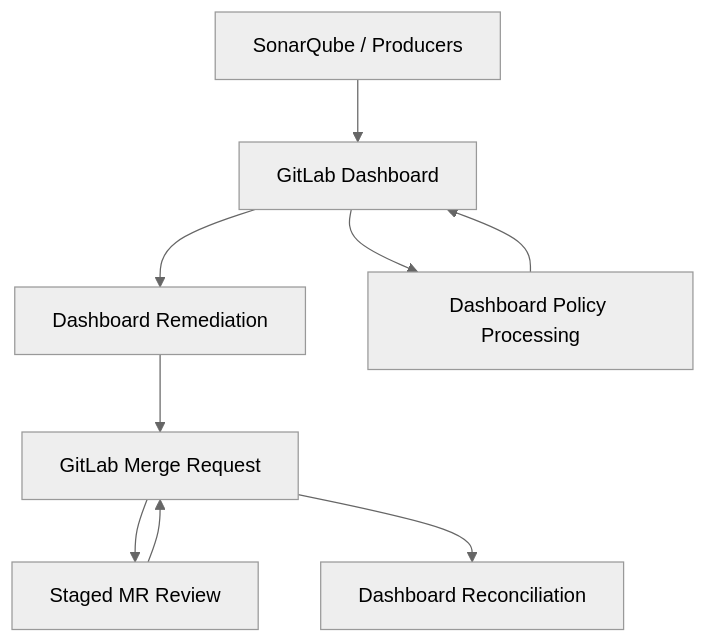
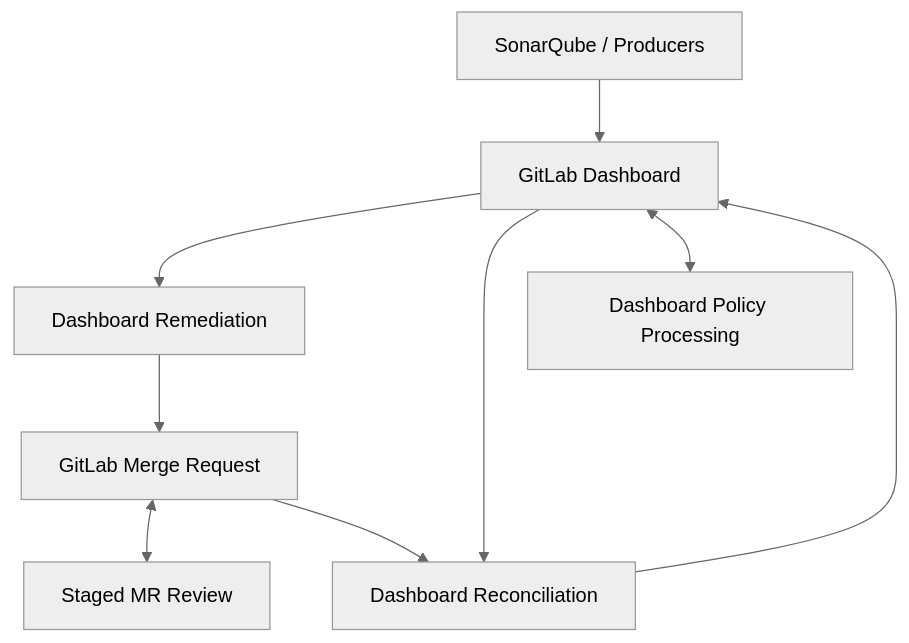
The diagram in README.md (JustinMelger/ZeroOne-ops), drawn with Mermaid (neutral theme) before and after one commit.

Commit message:
docs: reconcilation flow (#175)
* docs: dashboard reconcilation flow

````diff
--- a/README.md
+++ b/README.md
@@ -46,11 +46,11 @@
 ```mermaid
 flowchart TD
     A[SonarQube / Producers] --> B[GitLab Dashboard]
     B --> C[Dashboard Remediation]
     C --> D[GitLab Merge Request]
-    D --> E[Staged MR Review]
-    E --> D
+    D <--> E[Staged MR Review]
+    B --> F[Dashboard Reconciliation]
     D --> F[Dashboard Reconciliation]
-    B --> G[Dashboard Policy Processing]
-    G --> B
+    F --> B
+    B <--> G[Dashboard Policy Processing]
 ```
````
